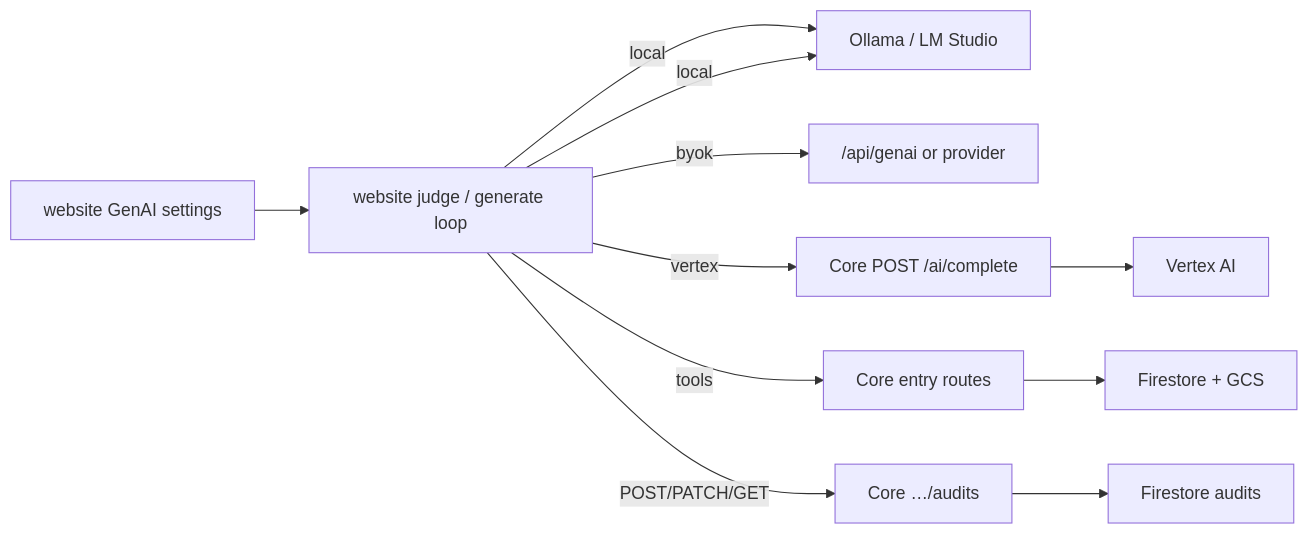
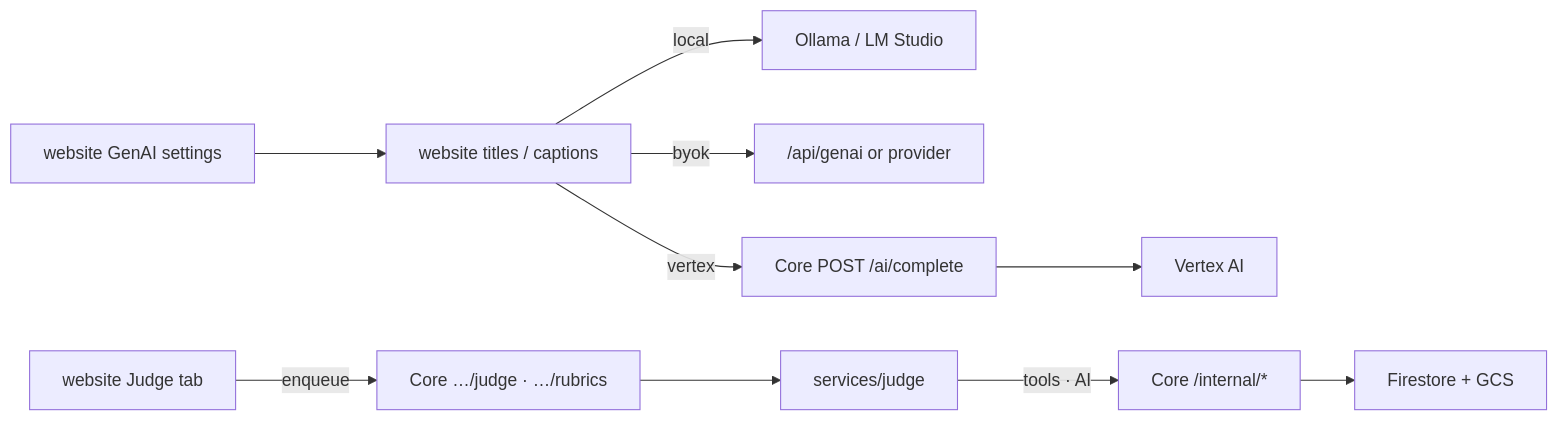
Before and after one commit to msoe-vex/engineering-notebook-editor: the diagram in docs/01-requirements/plans/agents-genai-gateway.md, drawn with Mermaid. The commit also changed other lines of this file and 40 other files, not shown here.

````diff
--- a/docs/01-requirements/plans/agents-genai-gateway.md
+++ b/docs/01-requirements/plans/agents-genai-gateway.md
@@ -14,15 +14,15 @@
 ```mermaid
 flowchart LR
   UI["website GenAI settings"]
-  Loop["website judge / generate loop"]
-  UI --> Loop
-  Loop -->|local| Local["Ollama / LM Studio"]
-  Loop -->|local| Local
-  Loop -->|byok| BFF["/api/genai or provider"]
-  Loop -->|vertex| Complete["Core POST /ai/complete"]
-  Loop -->|tools| Tools["Core entry routes"]
-  Loop -->|POST/PATCH/GET| Audits["Core …/audits"]
-  Tools --> Data["Firestore + GCS"]
+  Titles["website titles / captions"]
+  UI --> Titles
+  Titles -->|local| Local["Ollama / LM Studio"]
+  Titles -->|byok| BFF["/api/genai or provider"]
+  Titles -->|vertex| Complete["Core POST /ai/complete"]
+  JudgeUI["website Judge tab"]
+  JudgeUI -->|enqueue| Jobs["Core …/judge · …/rubrics"]
+  Jobs --> Worker["services/judge"]
+  Worker -->|tools · AI| CoreInt["Core /internal/*"]
   Complete --> Vertex["Vertex AI"]
-  Audits --> FS["Firestore audits"]
+  CoreInt --> Data["Firestore + GCS"]
 ```
````
